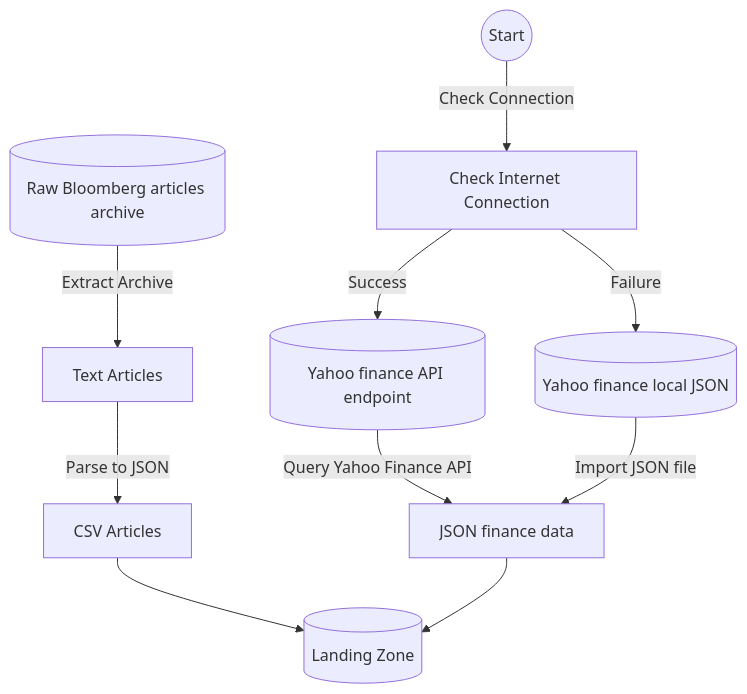
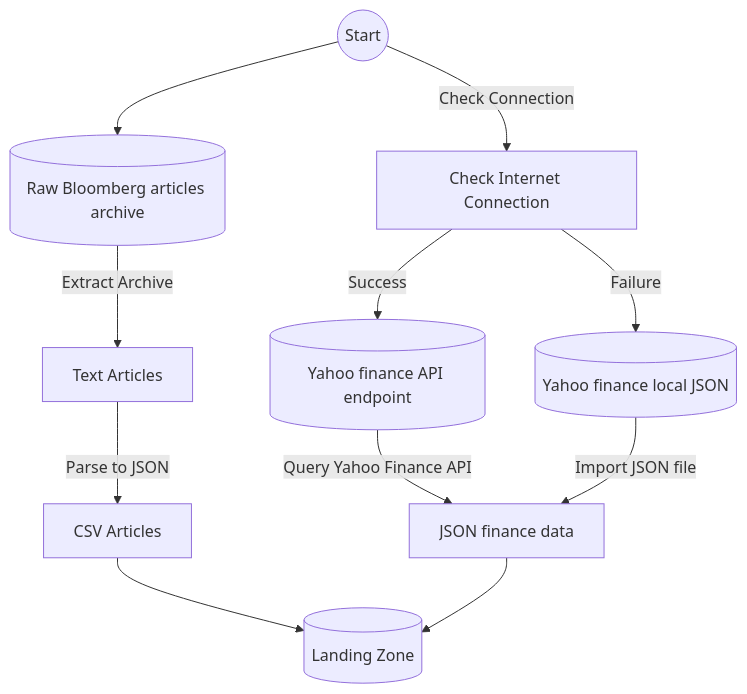
Before and after one commit to monthenry/StockMood: the first of 3 diagrams in README.md, drawn with Mermaid.

Commit message:
Diagram correction

````diff
--- a/README.md
+++ b/README.md
@@ -43,14 +43,15 @@
 ```mermaid
 flowchart TD
-    raw1[(Raw Bloomberg articles archive)] --> |Extract Archive| text_articles[Text Articles]
+    start((Start)) --> raw1[(Raw Bloomberg articles archive)]
+    raw1 --> |Extract Archive| text_articles[Text Articles]
     text_articles --> |Parse to JSON| json_articles[CSV Articles]
     json_articles --> land[(Landing Zone)]
 
 
-    start((Start)) -->|Check Connection| conn[Check Internet Connection]
+    start -->|Check Connection| conn[Check Internet Connection]
     conn -->|Success| api[(Yahoo finance API endpoint)]
     api -->|Query Yahoo Finance API| enrich2[Query Yahoo Finance API]
     conn -->|Failure| csv[(Yahoo finance local JSON)]
     csv -->|Import JSON file| enrich2[JSON finance data]
     enrich2 --> land
 ```
````
